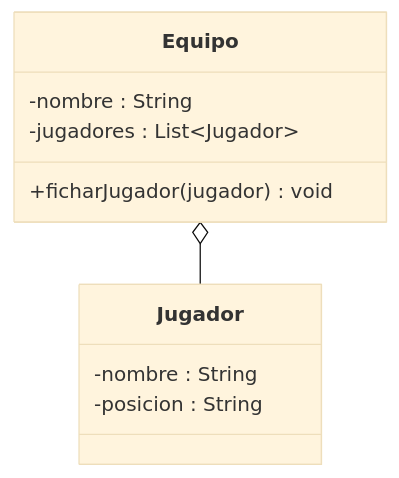
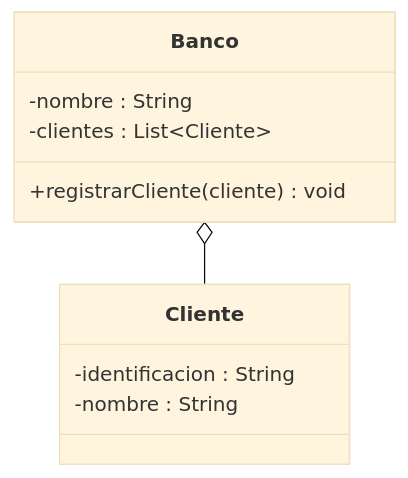
One commit to santiagoSuarez219/nodo-edu changed the second of 5 diagrams in content/cursos/estructuras-de-datos/asociacion-agregacion-y-composicion.mdx. Above: the diagram before and after it, drawn with Mermaid (base theme). The commit also changed other lines of this file and 6 other files, not shown here.

````diff
--- a/content/cursos/estructuras-de-datos/asociacion-agregacion-y-composicion.mdx
+++ b/content/cursos/estructuras-de-datos/asociacion-agregacion-y-composicion.mdx
@@ -127,13 +129,13 @@
 ```mermaid
 classDiagram
-  class Equipo {
+  class Banco {
     -nombre : String
-    -jugadores : List~Jugador~
-    +ficharJugador(jugador) void
+    -clientes : List~Cliente~
+    +registrarCliente(cliente) void
   }
-  class Jugador {
+  class Cliente {
+    -identificacion : String
     -nombre : String
-    -posicion : String
   }
-  Equipo o-- Jugador
+  Banco o-- Cliente
 ```
````
